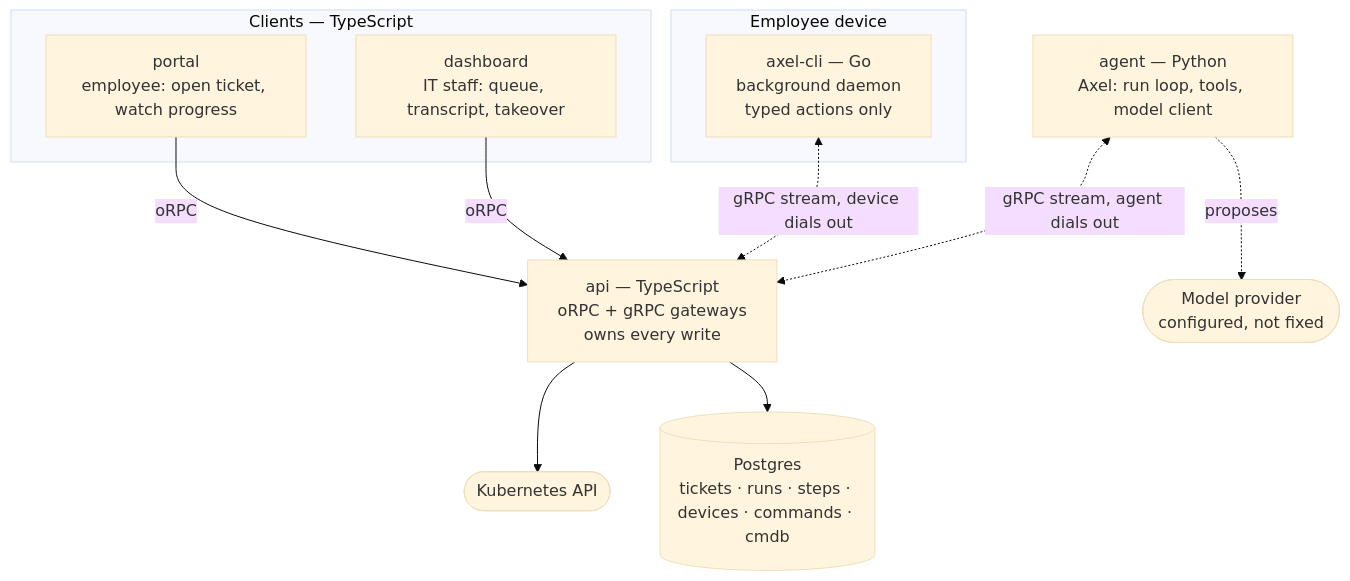
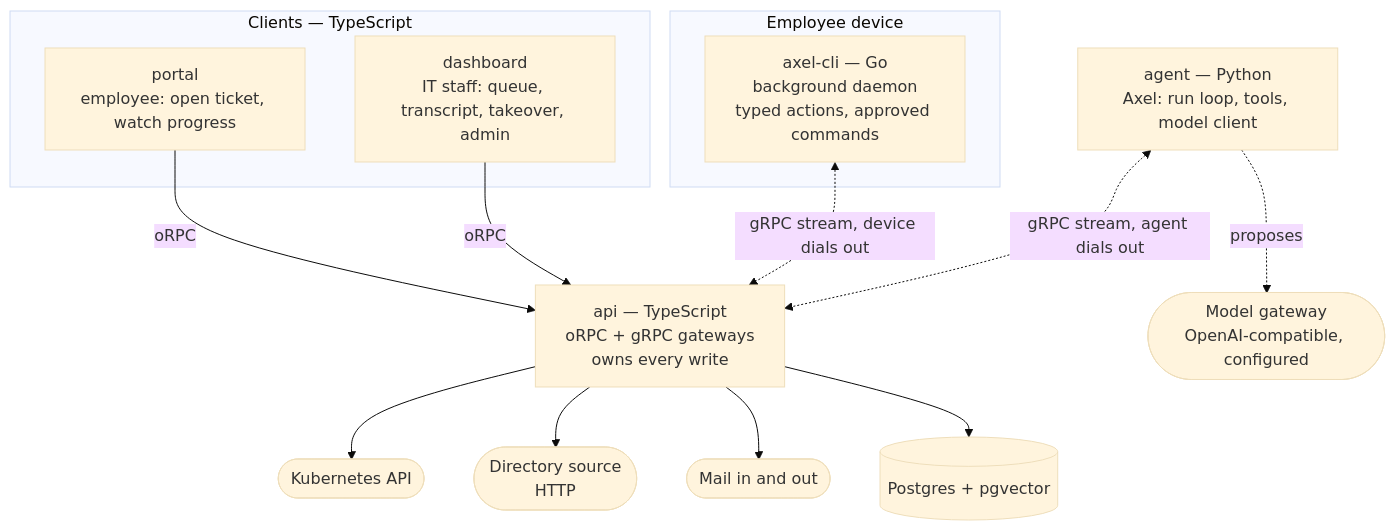
The diagram in context/idea/architecture.md (InduwaraSMPN/ai-buildathon), drawn with Mermaid (base theme) before and after one commit. The commit also changed other lines of this file and 8 other files, not shown here.

First line of the commit message:
docs(architecture): describe ui project and external integrations

````diff
--- a/context/idea/architecture.md
+++ b/context/idea/architecture.md
@@ -22,28 +23,32 @@
 ```mermaid
 flowchart TB
   subgraph clients["Clients — TypeScript"]
     PORTAL["portal<br/>employee: open ticket, watch progress"]
-    DASH["dashboard<br/>IT staff: queue, transcript, takeover"]
+    DASH["dashboard<br/>IT staff: queue, transcript, takeover, admin"]
   end
 
   subgraph laptop["Employee device"]
-    CLI["axel-cli — Go<br/>background daemon<br/>typed actions only"]
+    CLI["axel-cli — Go<br/>background daemon<br/>typed actions, approved commands"]
   end
 
   API["api — TypeScript<br/>oRPC + gRPC gateways<br/>owns every write"]
 
   AXEL["agent — Python<br/>Axel: run loop, tools, model client"]
 
-  MODEL(["Model provider<br/>configured, not fixed"])
+  MODEL(["Model gateway<br/>OpenAI-compatible, configured"])
   K8S(["Kubernetes API"])
-  DB[("Postgres<br/>tickets · runs · steps · devices · commands · cmdb")]
+  DIR(["Directory source<br/>HTTP"])
+  MAIL(["Mail in and out"])
+  DB[("Postgres + pgvector")]
 
   PORTAL -- "oRPC" --> API
   DASH -- "oRPC" --> API
   CLI <-. "gRPC stream, device dials out" .-> API
   AXEL <-. "gRPC stream, agent dials out" .-> API
 
   AXEL -. "proposes" .-> MODEL
   API --> K8S
+  API --> DIR
+  API --> MAIL
   API --> DB
 ```
````
